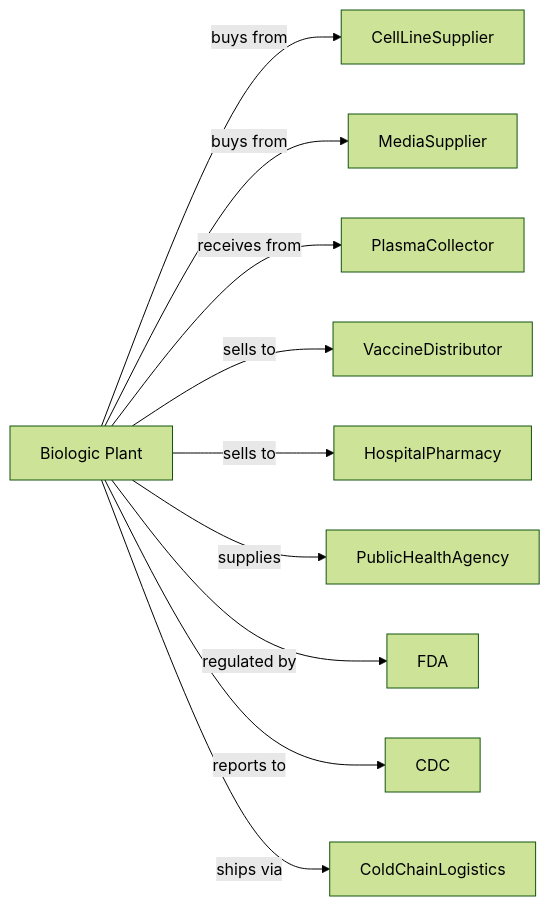
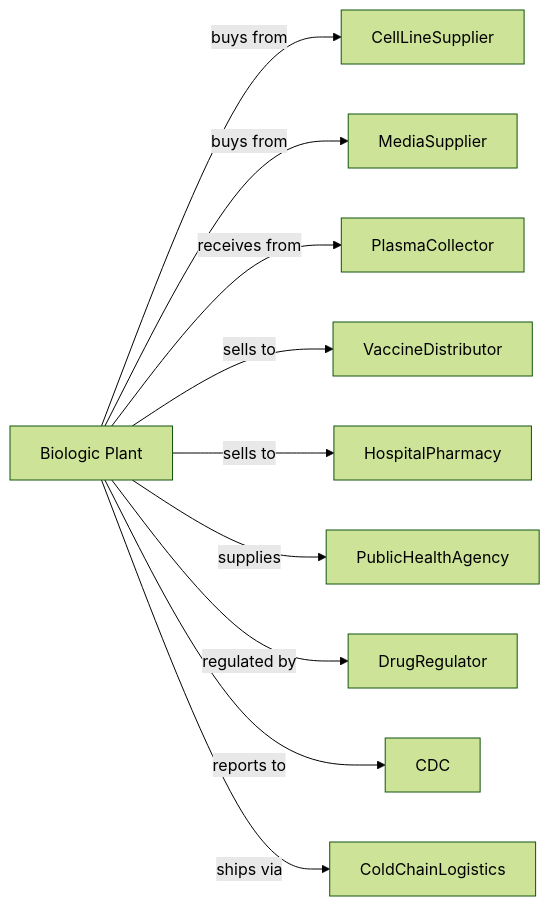
One commit to dot-org-ai/industries.org.ai changed the second of 2 diagrams in Manufacturing/ChemicalManufacturing/PharmaceuticalAndMedicineManufacturing/BiologicalProductExceptDiagnosticManufacturing.mdx. Above: the diagram before and after it, drawn with Mermaid (forest theme). The commit also changed other lines of this file and 588 other files, not shown here.

````diff
--- a/Manufacturing/ChemicalManufacturing/PharmaceuticalAndMedicineManufacturing/BiologicalProductExceptDiagnosticManufacturing.mdx
+++ b/Manufacturing/ChemicalManufacturing/PharmaceuticalAndMedicineManufacturing/BiologicalProductExceptDiagnosticManufacturing.mdx
@@ -134,14 +134,14 @@
 ```mermaid
 graph LR
     B[Biologic Plant]
 
     B -->|buys from| CellLineSupplier
     B -->|buys from| MediaSupplier
     B -->|receives from| PlasmaCollector
     B -->|sells to| VaccineDistributor
     B -->|sells to| HospitalPharmacy
     B -->|supplies| PublicHealthAgency
-    B -->|regulated by| FDA
+    B -->|regulated by| DrugRegulator
     B -->|reports to| CDC
     B -->|ships via| ColdChainLogistics
 ```
````
